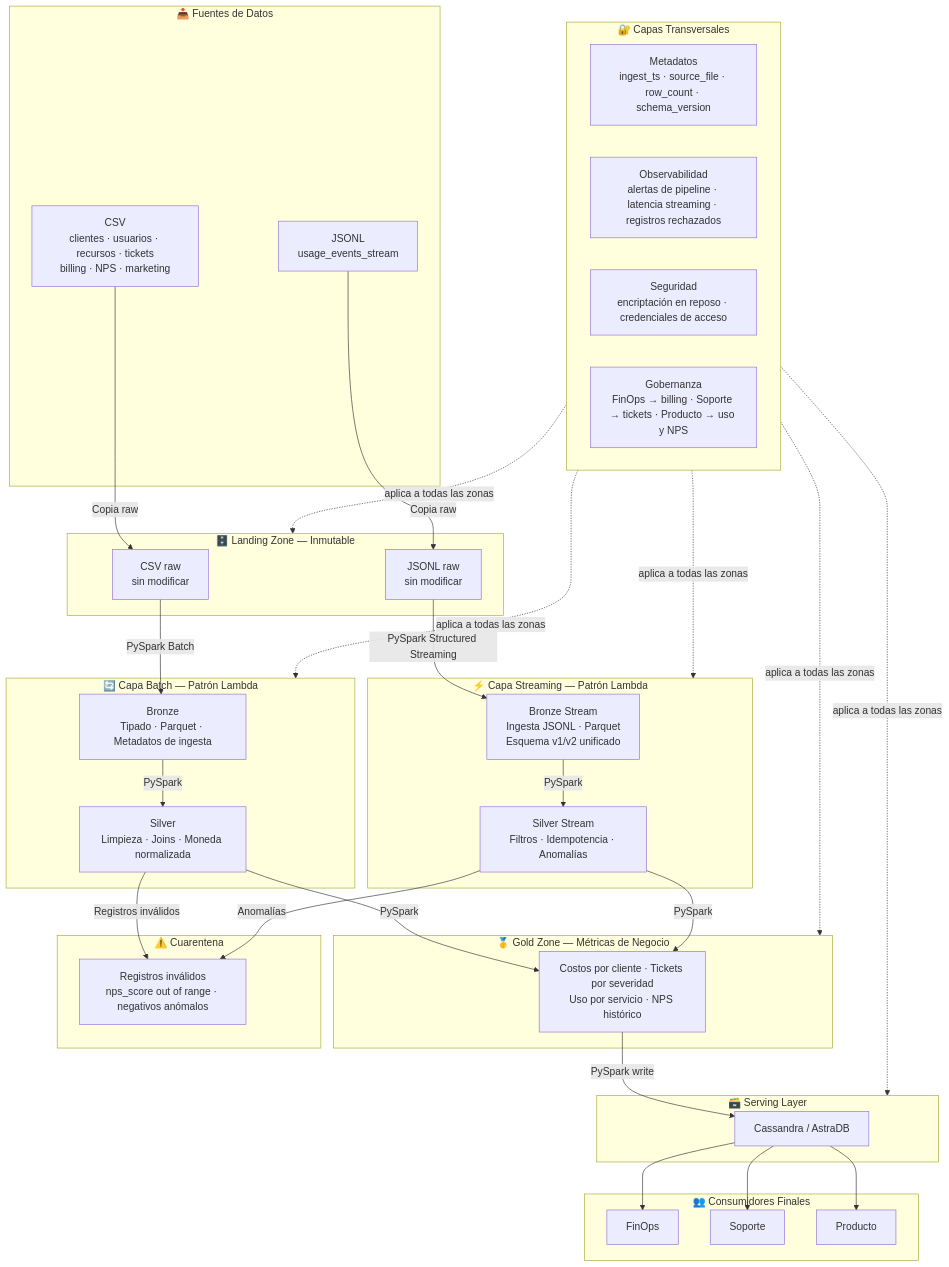
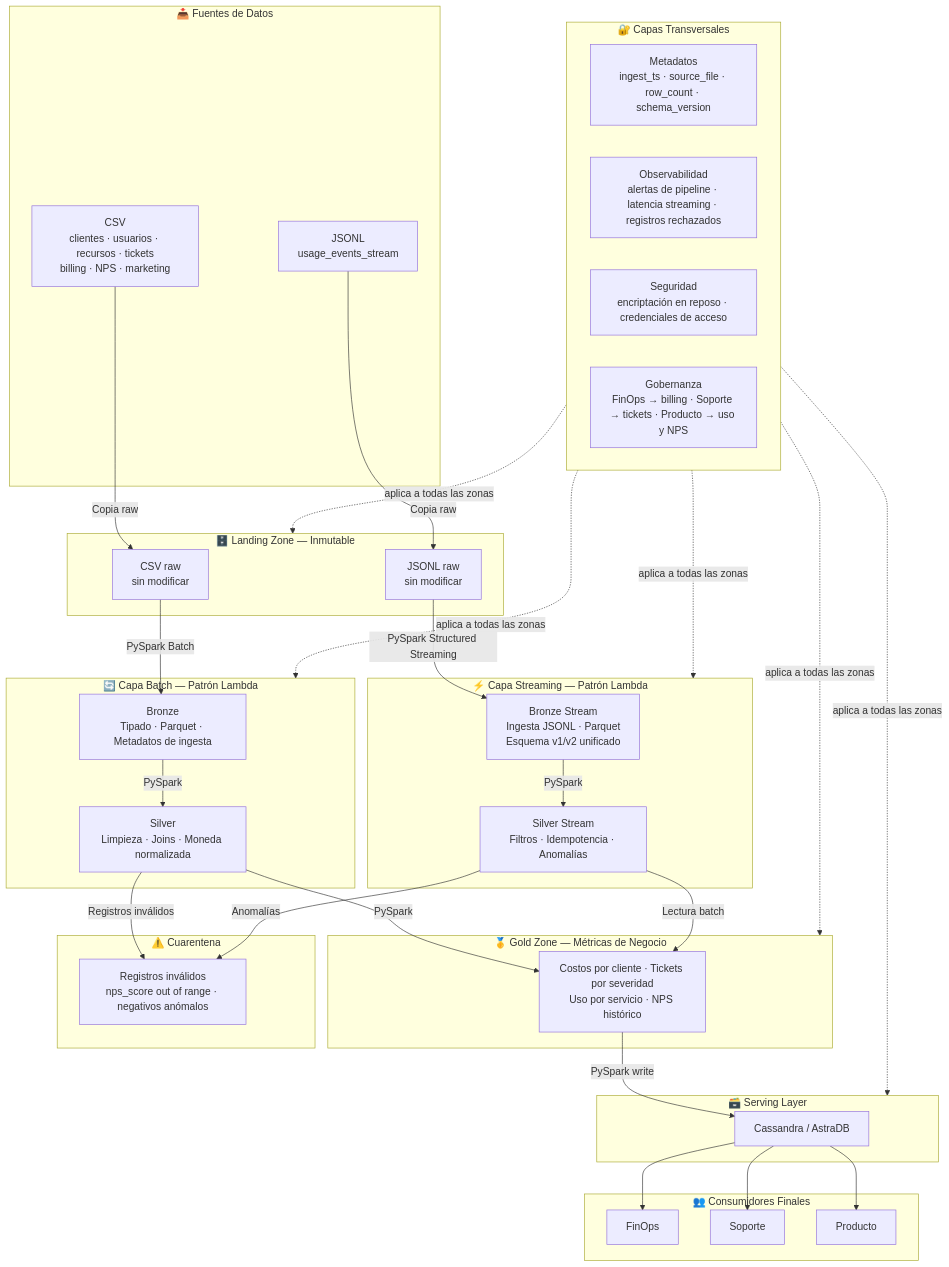
The diagram in docs/diagrama_arquitectura.md (maruwagner893-droid/cloud-provider-analytics), drawn with Mermaid before and after one commit.

````diff
--- a/docs/diagrama_arquitectura.md
+++ b/docs/diagrama_arquitectura.md
@@ -2,67 +2,67 @@
 ```mermaid
 flowchart TD
     subgraph SRC["📥 Fuentes de Datos"]
         CSV["CSV\nclientes · usuarios · recursos · tickets\nbilling · NPS · marketing"]
         JSONL["JSONL\nusage_events_stream"]
     end
 
     subgraph LZ["🗄️ Landing Zone — Inmutable"]
         RAW_B["CSV raw\nsin modificar"]
         RAW_S["JSONL raw\nsin modificar"]
     end
 
     subgraph BATCH["🔄 Capa Batch — Patrón Lambda"]
         BRZ_B["Bronze\nTipado · Parquet · Metadatos de ingesta"]
         SLV_B["Silver\nLimpieza · Joins · Moneda normalizada"]
     end
 
     subgraph STREAM["⚡ Capa Streaming — Patrón Lambda"]
         BRZ_S["Bronze Stream\nIngesta JSONL · Parquet\nEsquema v1/v2 unificado"]
         SLV_S["Silver Stream\nFiltros · Idempotencia · Anomalías"]
     end
 
     subgraph GZ["🥇 Gold Zone — Métricas de Negocio"]
         GLD["Costos por cliente · Tickets por severidad\nUso por servicio · NPS histórico"]
     end
 
     subgraph QUAR["⚠️ Cuarentena"]
         Q["Registros inválidos\nnps_score out of range · negativos anómalos"]
     end
 
     subgraph SRV["🗃️ Serving Layer"]
         CASS["Cassandra / AstraDB"]
     end
 
     subgraph GOV["🔐 Capas Transversales"]
         META["Metadatos\ningest_ts · source_file · row_count · schema_version"]
         OBS["Observabilidad\nalertas de pipeline · latencia streaming · registros rechazados"]
         SEC["Seguridad\nencriptación en reposo · credenciales de acceso"]
         GVN["Gobernanza\nFinOps → billing · Soporte → tickets · Producto → uso y NPS"]
     end
 
     subgraph USR["👥 Consumidores Finales"]
         FO["FinOps"]
         SP["Soporte"]
         PR["Producto"]
     end
 
     CSV -->|Copia raw| RAW_B
     JSONL -->|Copia raw| RAW_S
     RAW_B -->|PySpark Batch| BRZ_B
     RAW_S -->|PySpark Structured Streaming| BRZ_S
     BRZ_B -->|PySpark| SLV_B
     BRZ_S -->|PySpark| SLV_S
     SLV_B -->|Registros inválidos| Q
     SLV_S -->|Anomalías| Q
     SLV_B -->|PySpark| GLD
-    SLV_S -->|PySpark| GLD
+    SLV_S -->|Lectura batch| GLD
     GLD -->|PySpark write| CASS
     CASS --> FO
     CASS --> SP
     CASS --> PR
     GOV -.->|aplica a todas las zonas| LZ
     GOV -.->|aplica a todas las zonas| BATCH
     GOV -.->|aplica a todas las zonas| STREAM
     GOV -.->|aplica a todas las zonas| GZ
     GOV -.->|aplica a todas las zonas| SRV   
 ```
````
